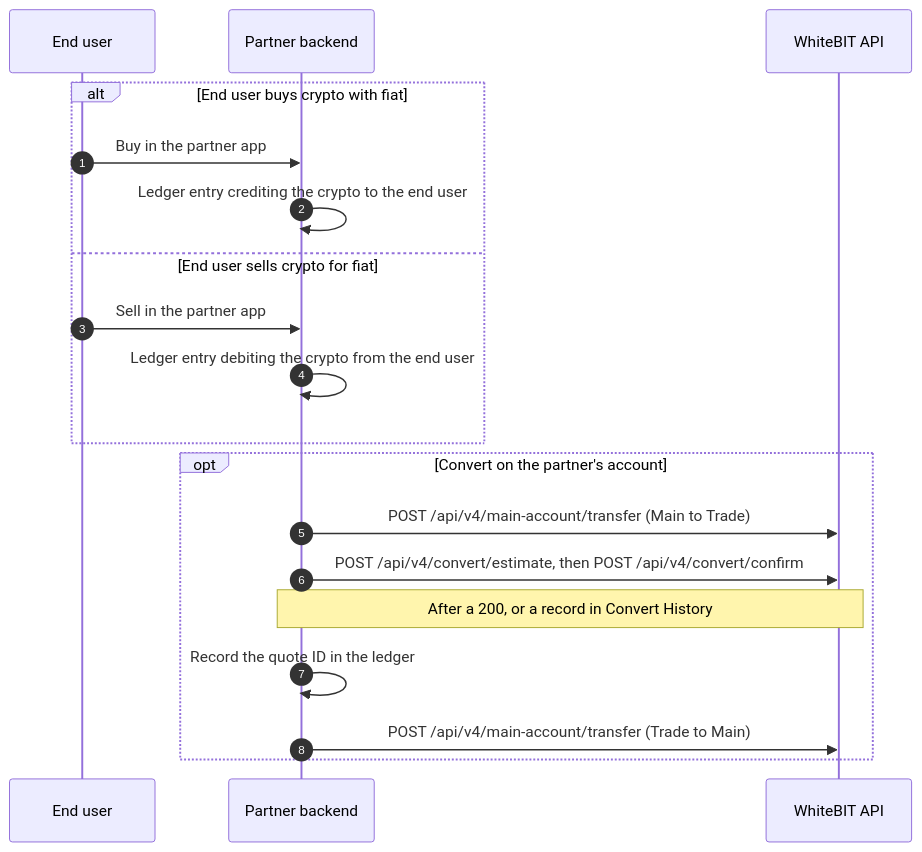
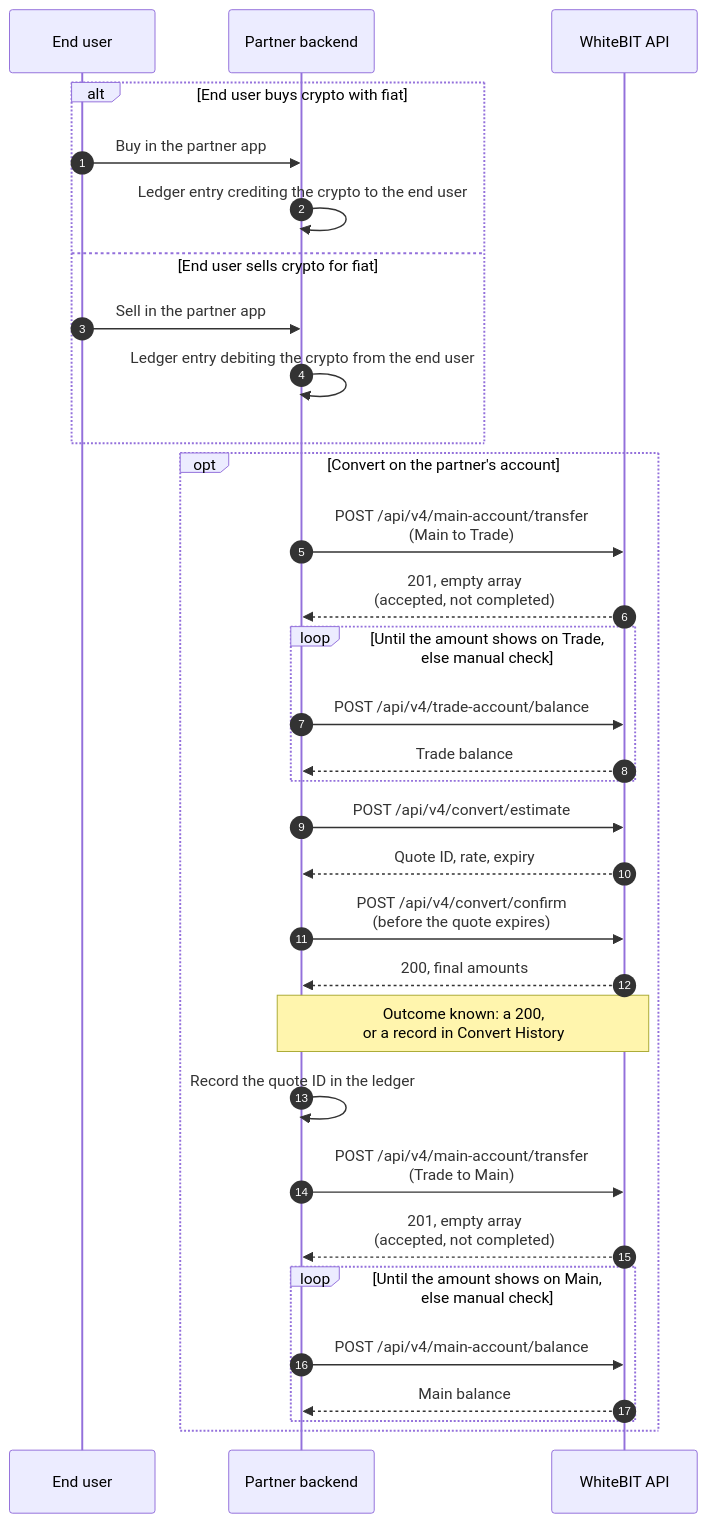
Before and after one commit to whitebit-exchange/docs: the fourth of 5 diagrams in guides/caas-integration.mdx, drawn with Mermaid. The commit also changed other lines of this file, not shown here.

````diff
--- a/guides/caas-integration.mdx
+++ b/guides/caas-integration.mdx
@@ -288,22 +301,35 @@
 ```mermaid
 sequenceDiagram
     autonumber
     participant U as End user
     participant P as Partner backend
     participant W as WhiteBIT API
 
     alt End user buys crypto with fiat
         U->>P: Buy in the partner app
         P->>P: Ledger entry crediting the crypto to the end user
     else End user sells crypto for fiat
         U->>P: Sell in the partner app
         P->>P: Ledger entry debiting the crypto from the end user
     end
     opt Convert on the partner's account
-        P->>W: POST /api/v4/main-account/transfer (Main to Trade)
-        P->>W: POST /api/v4/convert/estimate, then POST /api/v4/convert/confirm
-        Note over P,W: After a 200, or a record in Convert History
+        P->>W: POST /api/v4/main-account/transfer<br/>(Main to Trade)
+        W-->>P: 201, empty array<br/>(accepted, not completed)
+        loop Until the amount shows on Trade,<br/>else manual check
+            P->>W: POST /api/v4/trade-account/balance
+            W-->>P: Trade balance
+        end
+        P->>W: POST /api/v4/convert/estimate
+        W-->>P: Quote ID, rate, expiry
+        P->>W: POST /api/v4/convert/confirm<br/>(before the quote expires)
+        W-->>P: 200, final amounts
+        Note over P,W: Outcome known: a 200,<br/>or a record in Convert History
         P->>P: Record the quote ID in the ledger
-        P->>W: POST /api/v4/main-account/transfer (Trade to Main)
+        P->>W: POST /api/v4/main-account/transfer<br/>(Trade to Main)
+        W-->>P: 201, empty array<br/>(accepted, not completed)
+        loop Until the amount shows on Main,<br/>else manual check
+            P->>W: POST /api/v4/main-account/balance
+            W-->>P: Main balance
+        end
     end
 ```
````
